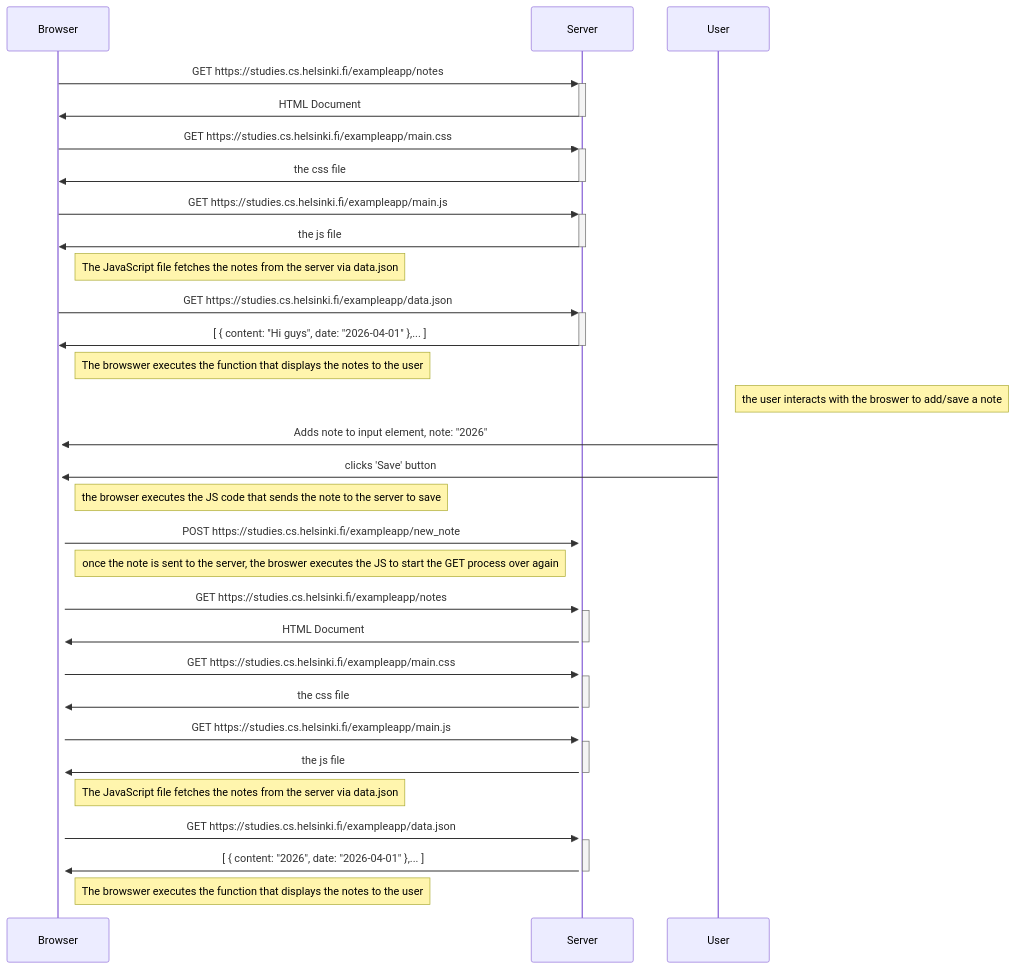
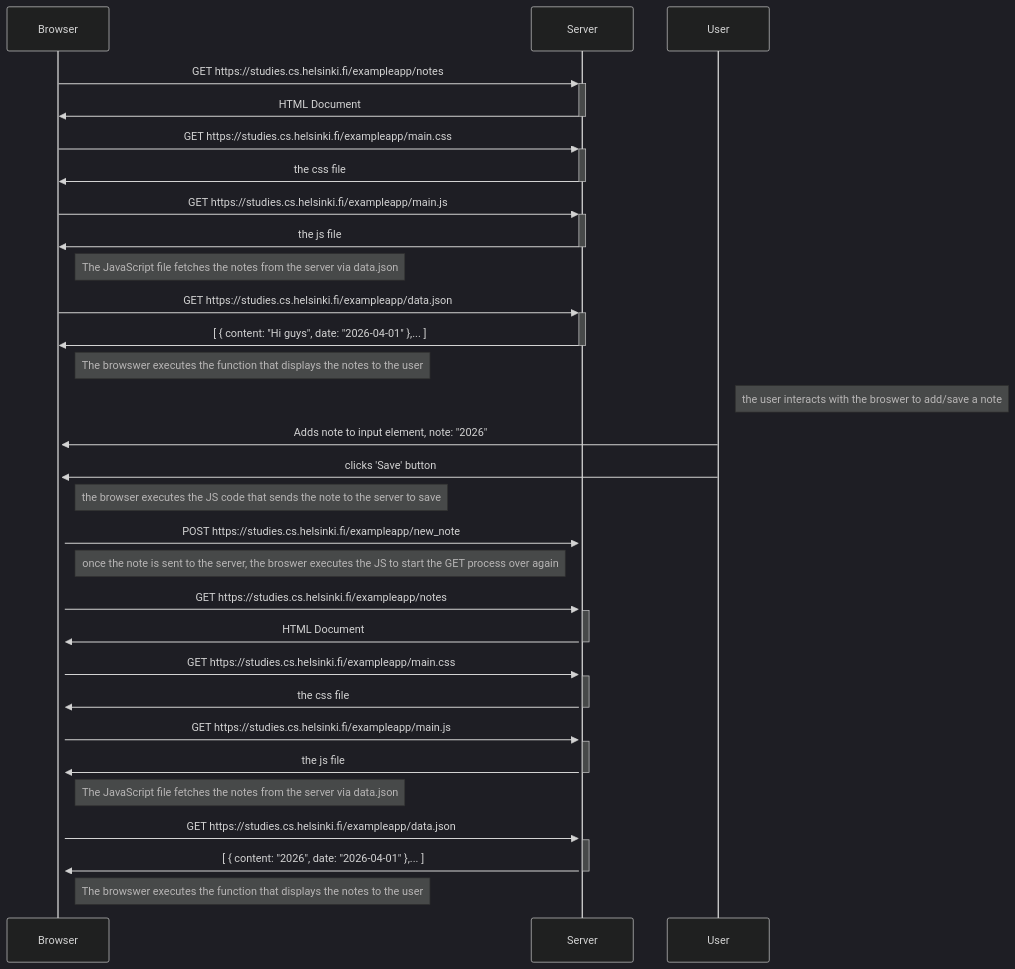
Before and after one commit to arinarjani/fullstackopen-2026: the diagram in part0/0.4.mmd, drawn with Mermaid.

Commit message:
added a theme of dark to exercise 0.4 and 0.5

```diff
--- a/part0/0.4.mmd
+++ b/part0/0.4.mmd
@@ -1,50 +1,55 @@
+---
+config:
+  theme: dark
+---
+
 %% depicting the situation where the user creates a new note on the 
 %% page https://studies.cs.helsinki.fi/exampleapp/notes by writing 
 %% something into the text field and clicking the Save button.
 
 sequenceDiagram
     participant B as Browser
     participant S as Server
     participant U as User
 
     B->>+S: GET https://studies.cs.helsinki.fi/exampleapp/notes
     S->>-B: HTML Document
    
    B->>+S: GET https://studies.cs.helsinki.fi/exampleapp/main.css
    S->>-B: the css file 
 
    B->>+S: GET https://studies.cs.helsinki.fi/exampleapp/main.js
    S->>-B: the js file 
 
    Note right of B: The JavaScript file fetches the notes from the server via data.json
 
    B->>+S: GET https://studies.cs.helsinki.fi/exampleapp/data.json
    S->>-B: [ {  content: "Hi guys", date: "2026-04-01" },... ] 
 
    Note right of B: The browswer executes the function that displays the notes to the user
 
    note right of U: the user interacts with the broswer to add/save a note
 
     U->>+B: Adds note to input element, note:  "2026"
     U->>+B: clicks 'Save' button
 
     note right of B: the browser executes the JS code that sends the note to the server to save
 
     B->>+S: POST https://studies.cs.helsinki.fi/exampleapp/new_note
     note right of B: once the note is sent to the server, the broswer executes the JS to start the GET process over again
     
     B->>+S: GET https://studies.cs.helsinki.fi/exampleapp/notes
     S->>-B: HTML Document
    
    B->>+S: GET https://studies.cs.helsinki.fi/exampleapp/main.css
    S->>-B: the css file 
 
    B->>+S: GET https://studies.cs.helsinki.fi/exampleapp/main.js
    S->>-B: the js file 
 
    Note right of B: The JavaScript file fetches the notes from the server via data.json
 
    B->>+S: GET https://studies.cs.helsinki.fi/exampleapp/data.json
    S->>-B: [ {  content: "2026", date: "2026-04-01" },... ] 
 
    Note right of B: The browswer executes the function that displays the notes to the user
```
